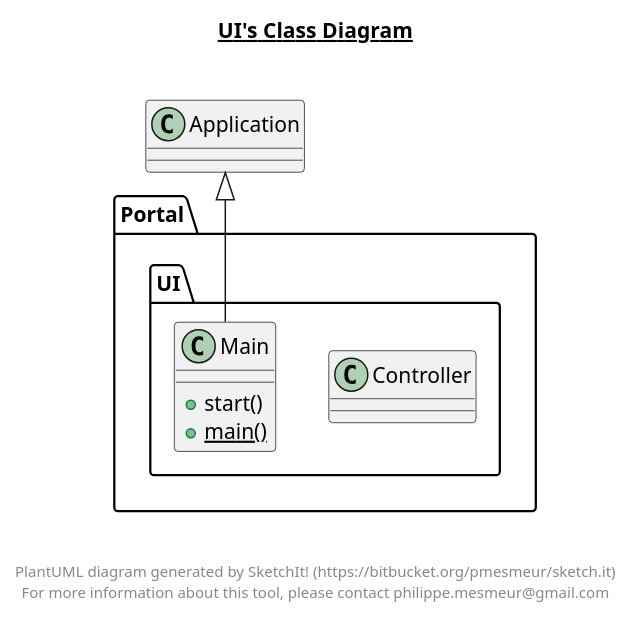
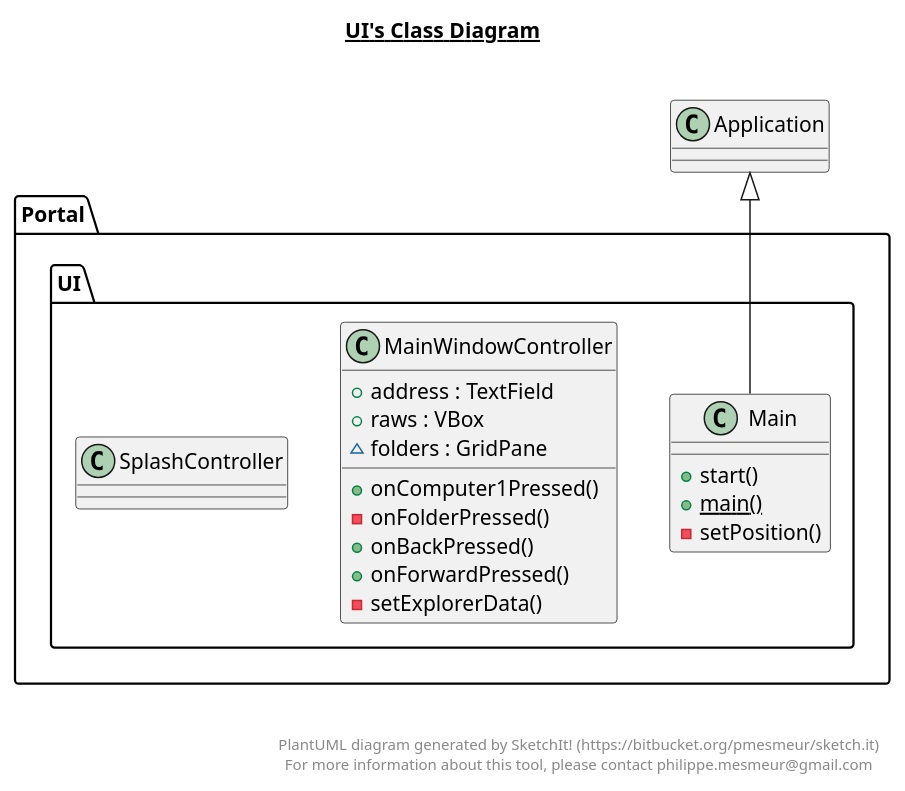
Before and after one commit to MartinEmilEshack/PortalOld: the diagram in src/Portal/UI/UI.plantuml, drawn with PlantUML. The commit also changed 4 other files, not shown here.

Commit message:
Ready to submit, not complete, and have some bugs in the gridPane

```diff
--- a/src/Portal/UI/UI.plantuml
+++ b/src/Portal/UI/UI.plantuml
@@ -1,29 +1,44 @@
 @startuml
 
 title __UI's Class Diagram__\n
 
   package Portal.UI {
-    class Controller {
+    class Main {
+        + start()
+        {static} + main()
+        - setPosition()
     }
   }
   
 
   package Portal.UI {
-    class Main {
-        + start()
-        {static} + main()
+    class MainWindowController {
+        + address : TextField
+        + raws : VBox
+        ~ folders : GridPane
+        + onComputer1Pressed()
+        - onFolderPressed()
+        + onBackPressed()
+        + onForwardPressed()
+        - setExplorerData()
+    }
+  }
+  
+
+  package Portal.UI {
+    class SplashController {
     }
   }
   
 
   Main -up-|> Application
 
 
 right footer
 
 
 PlantUML diagram generated by SketchIt! (https://bitbucket.org/pmesmeur/sketch.it)
 For more information about this tool, please contact philippe.mesmeur@gmail.com
 endfooter
 
 @enduml
```
